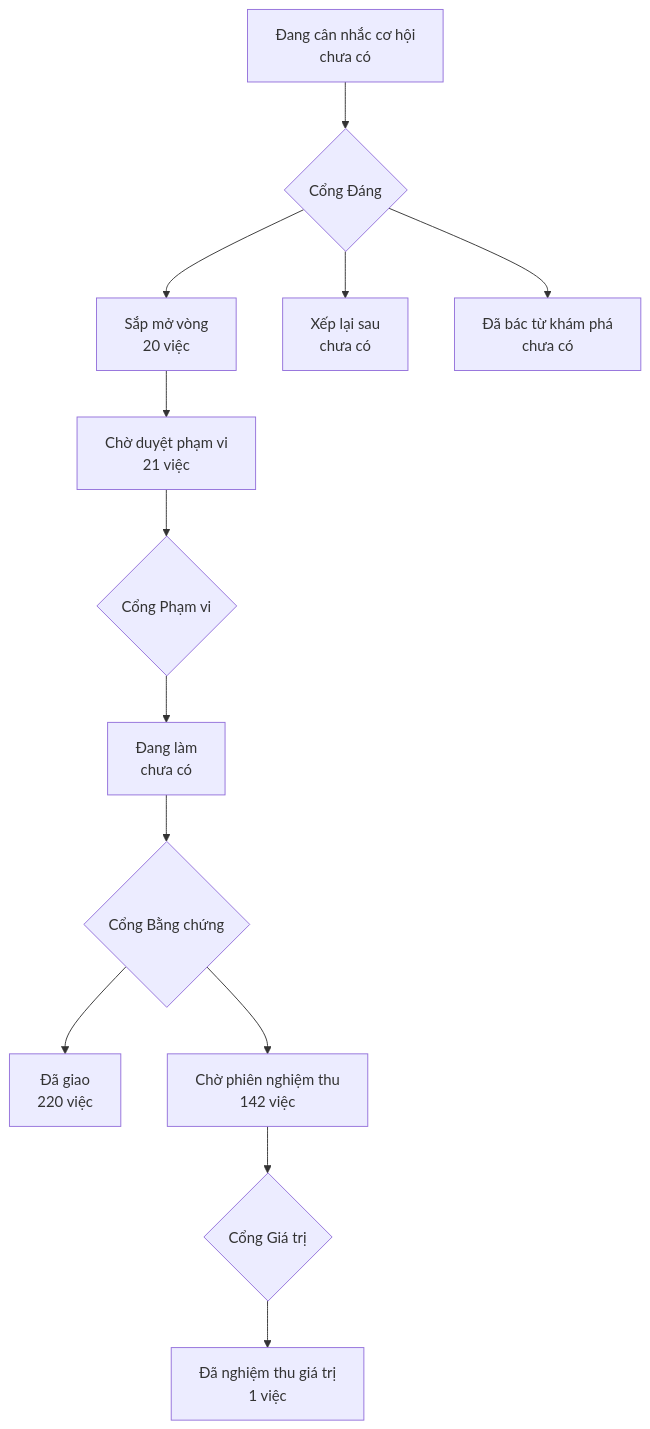
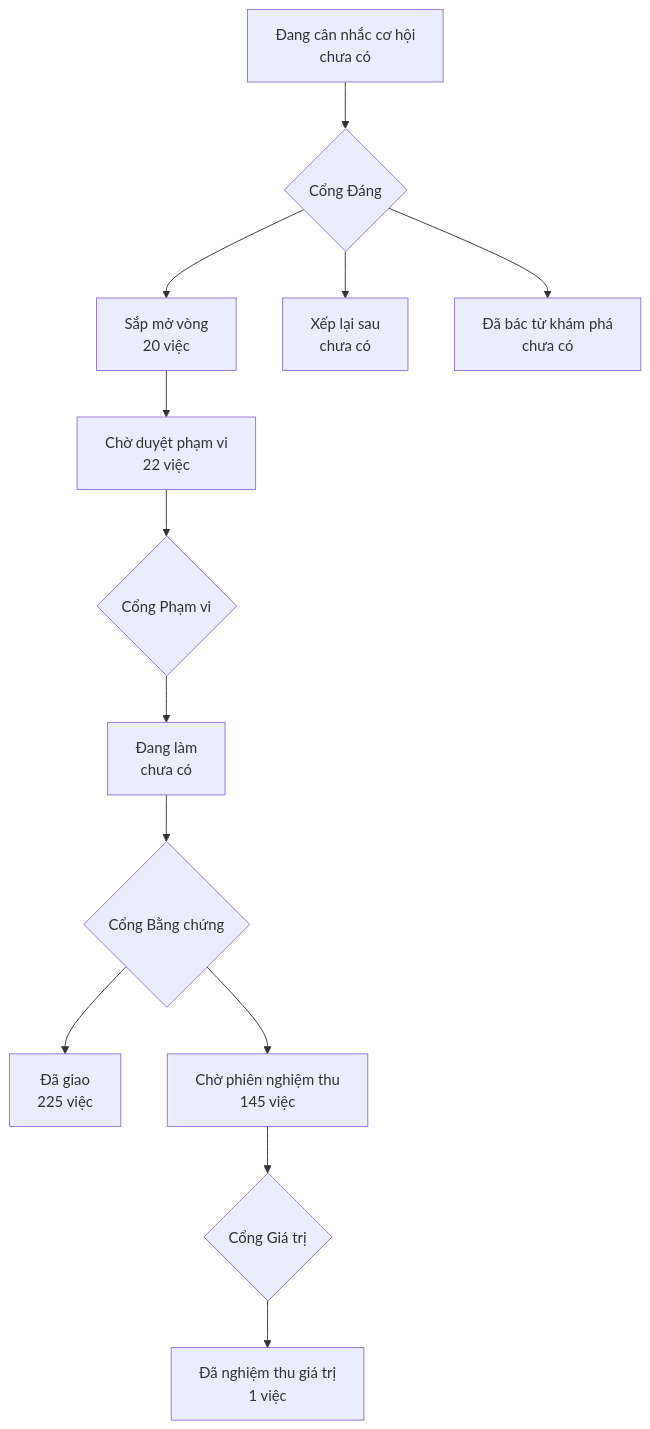
The diagram in PRODUCT-MAP.md (phanlemanh/onehub-invest), drawn with Mermaid before and after one commit. The commit also changed other lines of this file and 1 other file, not shown here.

````diff
--- a/PRODUCT-MAP.md
+++ b/PRODUCT-MAP.md
@@ -7,12 +7,12 @@
 ```mermaid
 flowchart TD
   A["Đang cân nhắc cơ hội<br/>chưa có"] --> GD{"Cổng Đáng"}
   GD --> B["Sắp mở vòng<br/>20 việc"]
   GD --> XL["Xếp lại sau<br/>chưa có"]
   GD --> DB["Đã bác từ khám phá<br/>chưa có"]
-  B --> CD["Chờ duyệt phạm vi<br/>21 việc"] --> GP{"Cổng Phạm vi"}
+  B --> CD["Chờ duyệt phạm vi<br/>22 việc"] --> GP{"Cổng Phạm vi"}
   GP --> DL["Đang làm<br/>chưa có"] --> GB{"Cổng Bằng chứng"}
-  GB --> DG["Đã giao<br/>220 việc"]
-  GB --> CN["Chờ phiên nghiệm thu<br/>142 việc"] --> GG{"Cổng Giá trị"}
+  GB --> DG["Đã giao<br/>225 việc"]
+  GB --> CN["Chờ phiên nghiệm thu<br/>145 việc"] --> GG{"Cổng Giá trị"}
   GG --> NT["Đã nghiệm thu giá trị<br/>1 việc"]
 ```
````
